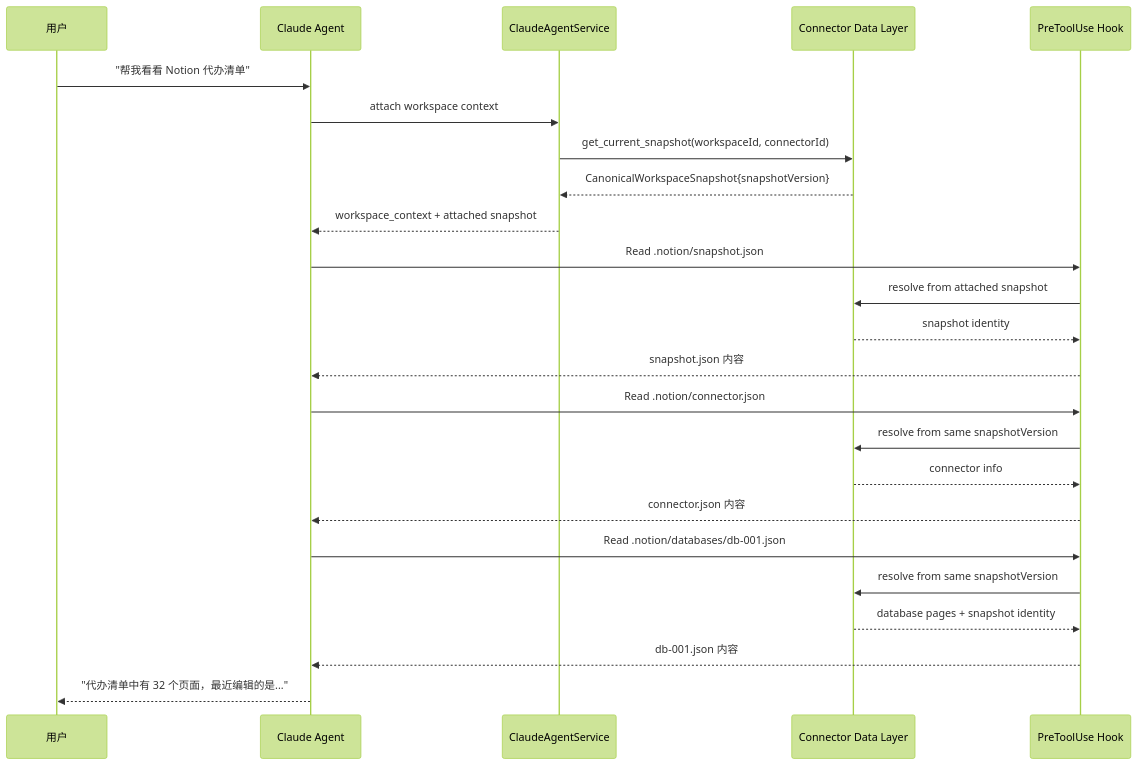
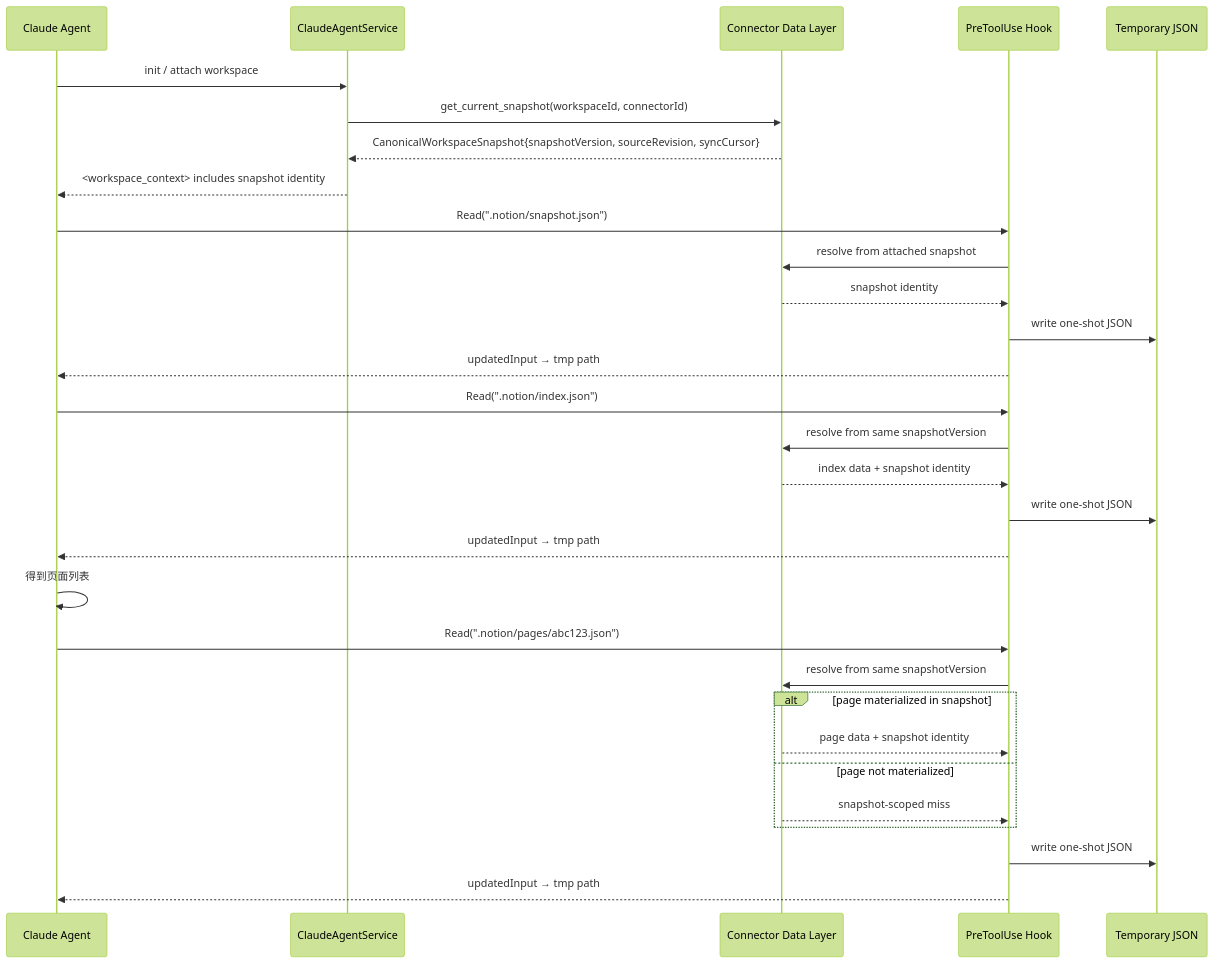
One commit to glide-the/im-dream changed the second of 3 diagrams in docs/design/notion-session/connector-interaction.md. Above: the diagram before and after it, drawn with Mermaid (forest theme). The commit also changed other lines of this file and 6 other files, not shown here.

````diff
--- a/docs/design/notion-session/connector-interaction.md
+++ b/docs/design/notion-session/connector-interaction.md
@@ -513,31 +469,36 @@
 ```mermaid
 sequenceDiagram
-    participant User as 用户
     participant Agent as Claude Agent
     participant Service as ClaudeAgentService
     participant Data as Connector Data Layer
     participant Hook as PreToolUse Hook
+    participant Tmp as Temporary JSON
 
-    User->>Agent: "帮我看看 Notion 代办清单"
-    Agent->>Service: attach workspace context
+    Agent->>Service: init / attach workspace
     Service->>Data: get_current_snapshot(workspaceId, connectorId)
-    Data-->>Service: CanonicalWorkspaceSnapshot{snapshotVersion}
-    Service-->>Agent: workspace_context + attached snapshot
+    Data-->>Service: CanonicalWorkspaceSnapshot{snapshotVersion, sourceRevision, syncCursor}
+    Service-->>Agent: <workspace_context> includes snapshot identity
 
-    Agent->>Hook: Read .notion/snapshot.json
+    Agent->>Hook: Read(".notion/snapshot.json")
     Hook->>Data: resolve from attached snapshot
     Data-->>Hook: snapshot identity
-    Hook-->>Agent: snapshot.json 内容
+    Hook->>Tmp: write one-shot JSON
+    Hook-->>Agent: updatedInput → tmp path
 
-    Agent->>Hook: Read .notion/connector.json
+    Agent->>Hook: Read(".notion/index.json")
     Hook->>Data: resolve from same snapshotVersion
-    Data-->>Hook: connector info
-    Hook-->>Agent: connector.json 内容
+    Data-->>Hook: index data + snapshot identity
+    Hook->>Tmp: write one-shot JSON
+    Hook-->>Agent: updatedInput → tmp path
+    Agent->>Agent: 得到页面列表
 
-    Agent->>Hook: Read .notion/databases/db-001.json
+    Agent->>Hook: Read(".notion/pages/abc123.json")
     Hook->>Data: resolve from same snapshotVersion
-    Data-->>Hook: database pages + snapshot identity
-    Hook-->>Agent: db-001.json 内容
-
-    Agent-->>User: "代办清单中有 32 个页面，最近编辑的是..."
+    alt page materialized in snapshot
+        Data-->>Hook: page data + snapshot identity
+    else page not materialized
+        Data-->>Hook: snapshot-scoped miss
+    end
+    Hook->>Tmp: write one-shot JSON
+    Hook-->>Agent: updatedInput → tmp path
 ```
````
